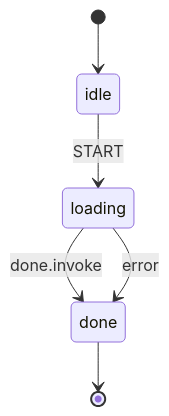
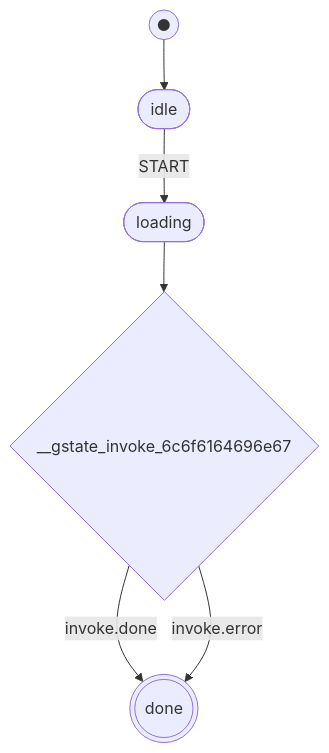
Before and after one commit to floodfx/gstate: the diagram in examples/observer/README.md, drawn with Mermaid. The commit also changed other lines of this file and 18 other files, not shown here.

````diff
--- a/examples/observer/README.md
+++ b/examples/observer/README.md
@@ -7,18 +7,19 @@
 ```mermaid
 ---
 config:
-    theme: default
-    maxTextSize: 50000
-    maxEdges: 500
-    fontSize: 16
+  theme: default
+  themeVariables:
+    fontSize: 16px
 ---
-stateDiagram-v2
-    state "done" as done
-    state "idle" as idle
-    state "loading" as loading
-	done --> [*]
-	[*] --> idle
-	idle --> loading: START
-	loading --> done: done.invoke
-	loading --> done: error
+flowchart TB
+    __gstate_start(("●"))
+    __gstate_start --> idle
+    done((("done")))
+    idle(["idle"])
+    loading(["loading"])
+    idle -->|"START"| loading
+    __gstate_invoke_6c6f6164696e67{"__gstate_invoke_6c6f6164696e67"}
+    loading --> __gstate_invoke_6c6f6164696e67
+    __gstate_invoke_6c6f6164696e67 -->|"invoke.done"| done
+    __gstate_invoke_6c6f6164696e67 -->|"invoke.error"| done
 ```
````
